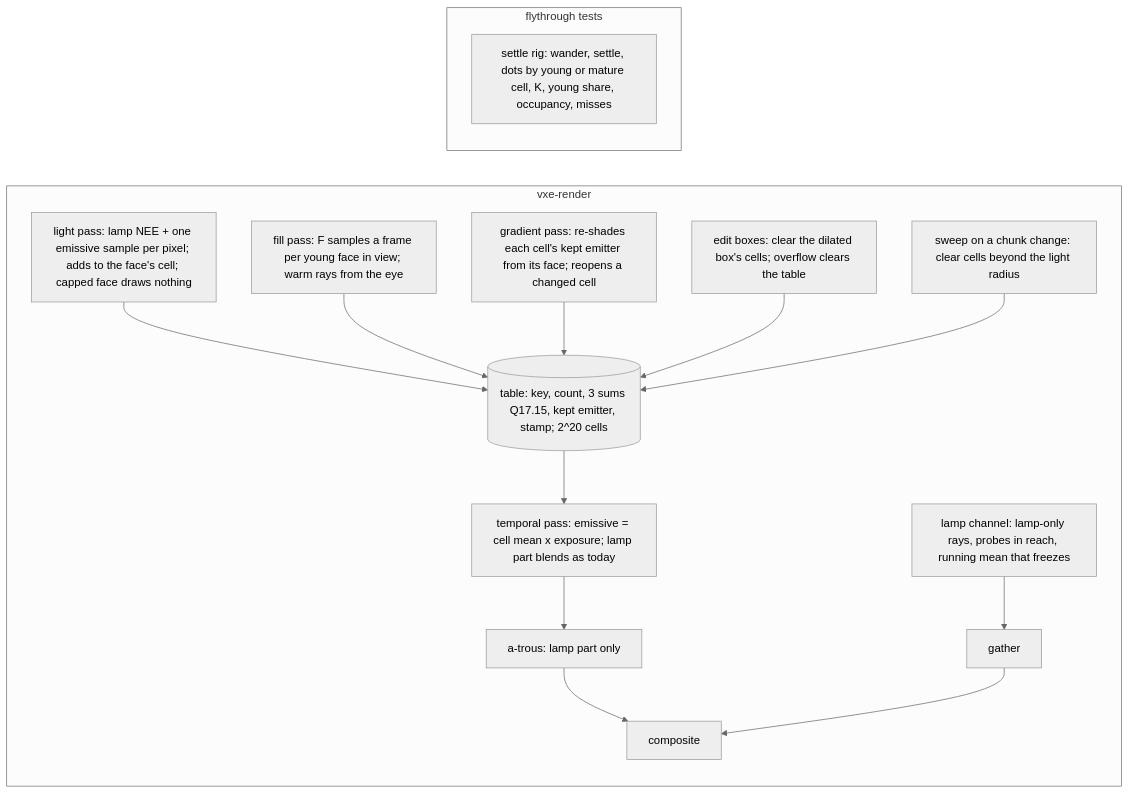
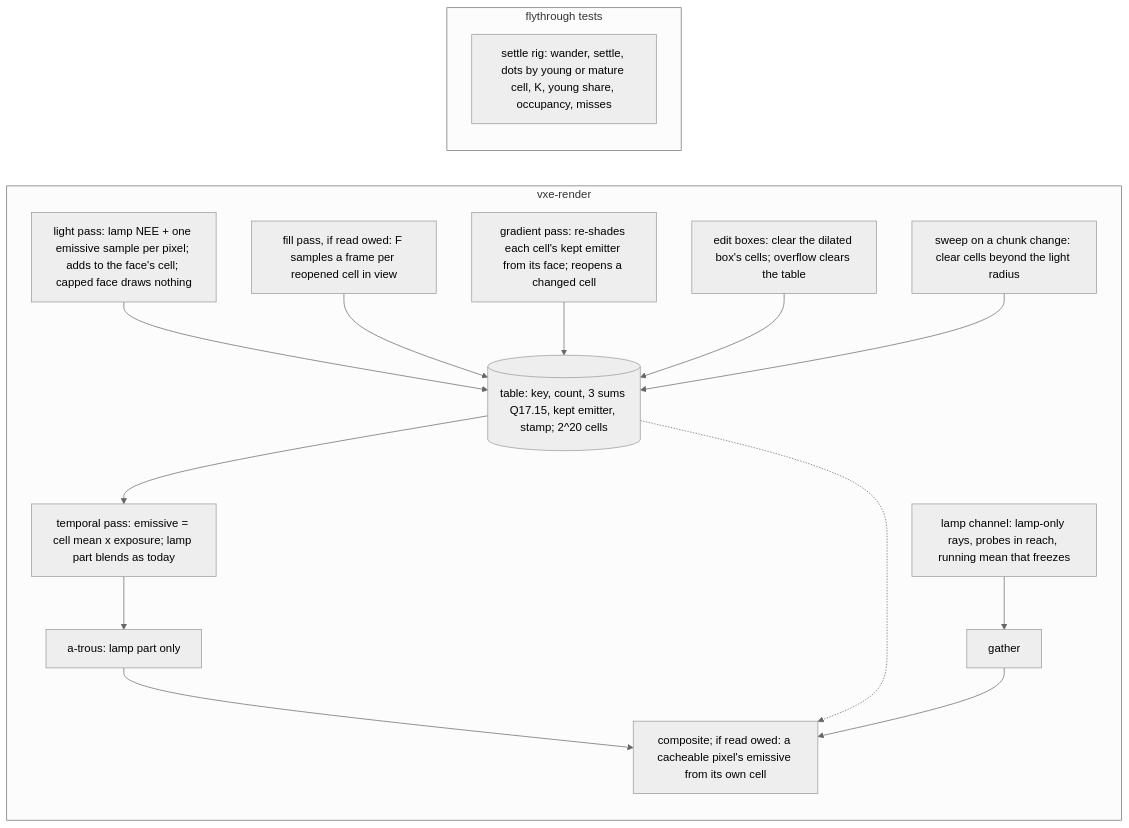
The diagram in docs/plans/0057-steady-light-the-per-face-table-as-the-emissive-store-and-a-lamp-bounce-channel.md (IgorKonovalov/voxel-engine), drawn with Mermaid (neutral theme) before and after one commit. The commit also changed other lines of this file, not shown here.

````diff
--- a/docs/plans/0057-steady-light-the-per-face-table-as-the-emissive-store-and-a-lamp-bounce-channel.md
+++ b/docs/plans/0057-steady-light-the-per-face-table-as-the-emissive-store-and-a-lamp-bounce-channel.md
@@ -111,16 +126,17 @@
 ```mermaid
 flowchart LR
     subgraph vxe-render
         LP[light pass: lamp NEE + one emissive sample per pixel; adds to the face's cell; capped face draws nothing] --> T[(table: key, count, 3 sums Q17.15, kept emitter, stamp; 2^20 cells)]
-        FP[fill pass: F samples a frame per young face in view; warm rays from the eye] --> T
+        FP[fill pass, if read owed: F samples a frame per reopened cell in view] --> T
         G[gradient pass: re-shades each cell's kept emitter from its face; reopens a changed cell] --> T
         E[edit boxes: clear the dilated box's cells; overflow clears the table] --> T
         S[sweep on a chunk change: clear cells beyond the light radius] --> T
         T --> TP[temporal pass: emissive = cell mean x exposure; lamp part blends as today]
-        TP --> AT[a-trous: lamp part only] --> C[composite]
+        TP --> AT[a-trous: lamp part only] --> C[composite; if read owed: a cacheable pixel's emissive from its own cell]
+        T -.-> C
         PU[lamp channel: lamp-only rays, probes in reach, running mean that freezes] --> PG[gather] --> C
     end
     subgraph flythrough tests
         R[settle rig: wander, settle, dots by young or mature cell, K, young share, occupancy, misses]
     end
 ```
````
